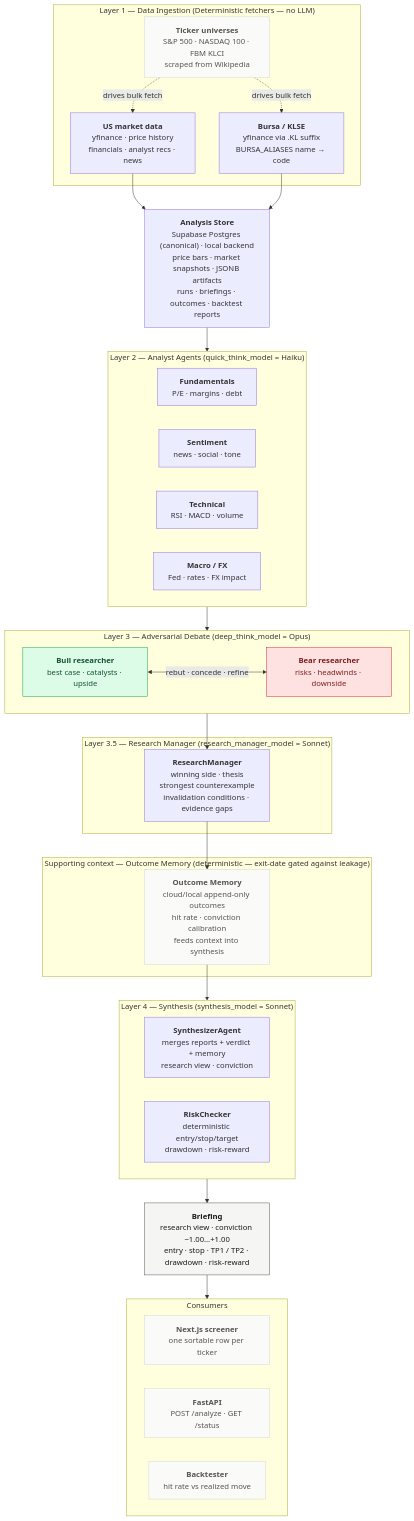
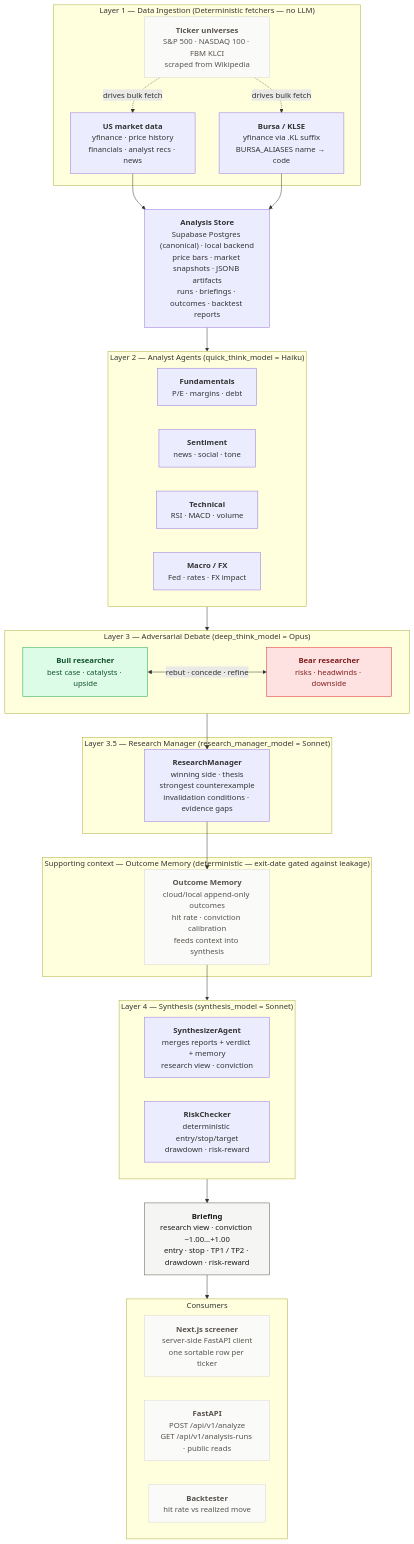
One commit to KelvinYou/ai-stock-analysis changed the diagram in architecture.md. Above: the diagram before and after it, drawn with Mermaid. The commit also changed 5 other files, not shown here.

First line of the commit message:
docs: document deployment/API auth and refresh pipeline diagram

````diff
--- a/architecture.md
+++ b/architecture.md
@@ -3,74 +3,74 @@
 ```mermaid
 flowchart TD
 
     subgraph L1["Layer 1 — Data Ingestion (Deterministic fetchers — no LLM)"]
         UNI["<b>Ticker universes</b><br/>S&amp;P 500 · NASDAQ 100 · FBM KLCI<br/>scraped from Wikipedia"]
         US["<b>US market data</b><br/>yfinance · price history<br/>financials · analyst recs · news"]
         MY["<b>Bursa / KLSE</b><br/>yfinance via .KL suffix<br/>BURSA_ALIASES name → code"]
     end
 
     UNI -.->|"drives bulk fetch"| US
     UNI -.->|"drives bulk fetch"| MY
     SDL["<b>Analysis Store</b><br/>Supabase Postgres (canonical) · local backend<br/>price bars · market snapshots · JSONB artifacts<br/>runs · briefings · outcomes · backtest reports"]
     US --> SDL
     MY --> SDL
 
     subgraph L2["Layer 2 — Analyst Agents (quick_think_model = Haiku)"]
         direction LR
         FUN["<b>Fundamentals</b><br/>P/E · margins · debt"]
         SEN["<b>Sentiment</b><br/>news · social · tone"]
         TEC["<b>Technical</b><br/>RSI · MACD · volume"]
         MAC["<b>Macro / FX</b><br/>Fed · rates · FX impact"]
     end
 
     SDL --> L2
 
     subgraph L3["Layer 3 — Adversarial Debate (deep_think_model = Opus)"]
         direction LR
         BULL["<b>Bull researcher</b><br/>best case · catalysts · upside"]
         BEAR["<b>Bear researcher</b><br/>risks · headwinds · downside"]
         BULL <-->|"rebut · concede · refine"| BEAR
     end
 
     L2 --> L3
 
     subgraph L35["Layer 3.5 — Research Manager (research_manager_model = Sonnet)"]
         RM["<b>ResearchManager</b><br/>winning side · thesis<br/>strongest counterexample<br/>invalidation conditions · evidence gaps"]
     end
 
     L3 --> RM
 
     subgraph CTX["Supporting context — Outcome Memory (deterministic — exit-date gated against leakage)"]
         MEM["<b>Outcome Memory</b><br/>cloud/local append-only outcomes<br/>hit rate · conviction calibration<br/>feeds context into synthesis"]
     end
 
     RM --> MEM
 
     subgraph L4["Layer 4 — Synthesis (synthesis_model = Sonnet)"]
         direction LR
         SYN["<b>SynthesizerAgent</b><br/>merges reports + verdict + memory<br/>research view · conviction"]
         RISK["<b>RiskChecker</b><br/>deterministic entry/stop/target<br/>drawdown · risk-reward"]
     end
 
     MEM --> L4
 
     OUT["<b>Briefing</b><br/>research view · conviction −1.00…+1.00<br/>entry · stop · TP1 / TP2 · drawdown · risk-reward"]
     L4 --> OUT
 
     subgraph CONSUMERS["Consumers"]
         direction LR
-        DASH["<b>Next.js screener</b><br/>one sortable row per ticker"]
-        API["<b>FastAPI</b><br/>POST /analyze · GET /status"]
+        DASH["<b>Next.js screener</b><br/>server-side FastAPI client<br/>one sortable row per ticker"]
+        API["<b>FastAPI</b><br/>POST /api/v1/analyze<br/>GET /api/v1/analysis-runs · public reads"]
         BT["<b>Backtester</b><br/>hit rate vs realized move"]
     end
     OUT --> CONSUMERS
 
     style UNI fill:#fafaf9,stroke:#d6d3d1,color:#57534e
     style BULL fill:#dcfce7,stroke:#16a34a,color:#14532d
     style BEAR fill:#fee2e2,stroke:#dc2626,color:#7f1d1d
     style MEM fill:#fafaf9,stroke:#d6d3d1,color:#57534e
     style OUT fill:#f5f5f4,stroke:#57534e,color:#1c1917
     style DASH fill:#fafaf9,stroke:#d6d3d1,color:#57534e
     style API fill:#fafaf9,stroke:#d6d3d1,color:#57534e
     style BT fill:#fafaf9,stroke:#d6d3d1,color:#57534e
 ```
````
